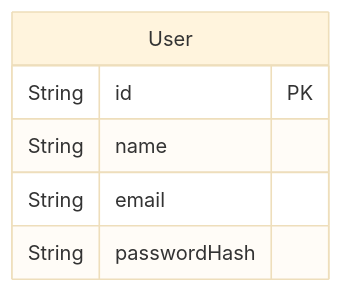
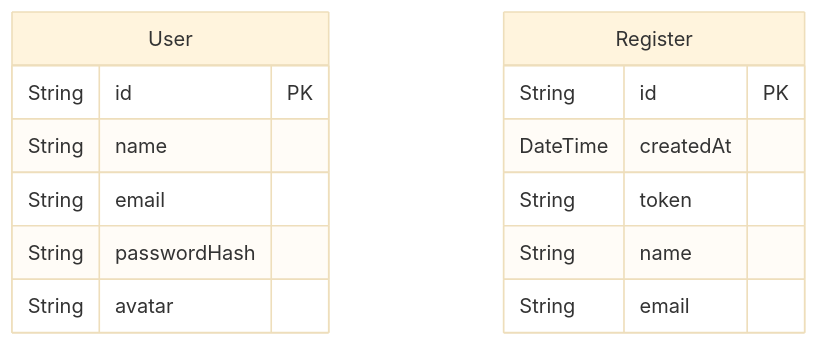
The diagram in ERD.md (kamegoro/book-shelf), drawn with Mermaid (base theme) before and after one commit. The commit also changed 4 other files, not shown here.

````diff
--- a/ERD.md
+++ b/ERD.md
@@ -1,11 +1,21 @@
 ```mermaid
 erDiagram
 
   User {
-    String id PK
-    String name
-    String email
-    String passwordHash
+    String id PK 
+    String name  
+    String email  
+    String passwordHash  
+    String avatar  
     }
+  
 
+  Register {
+    String id PK 
+    DateTime createdAt  
+    String token  
+    String name  
+    String email  
+    }
+  
 ```
````
